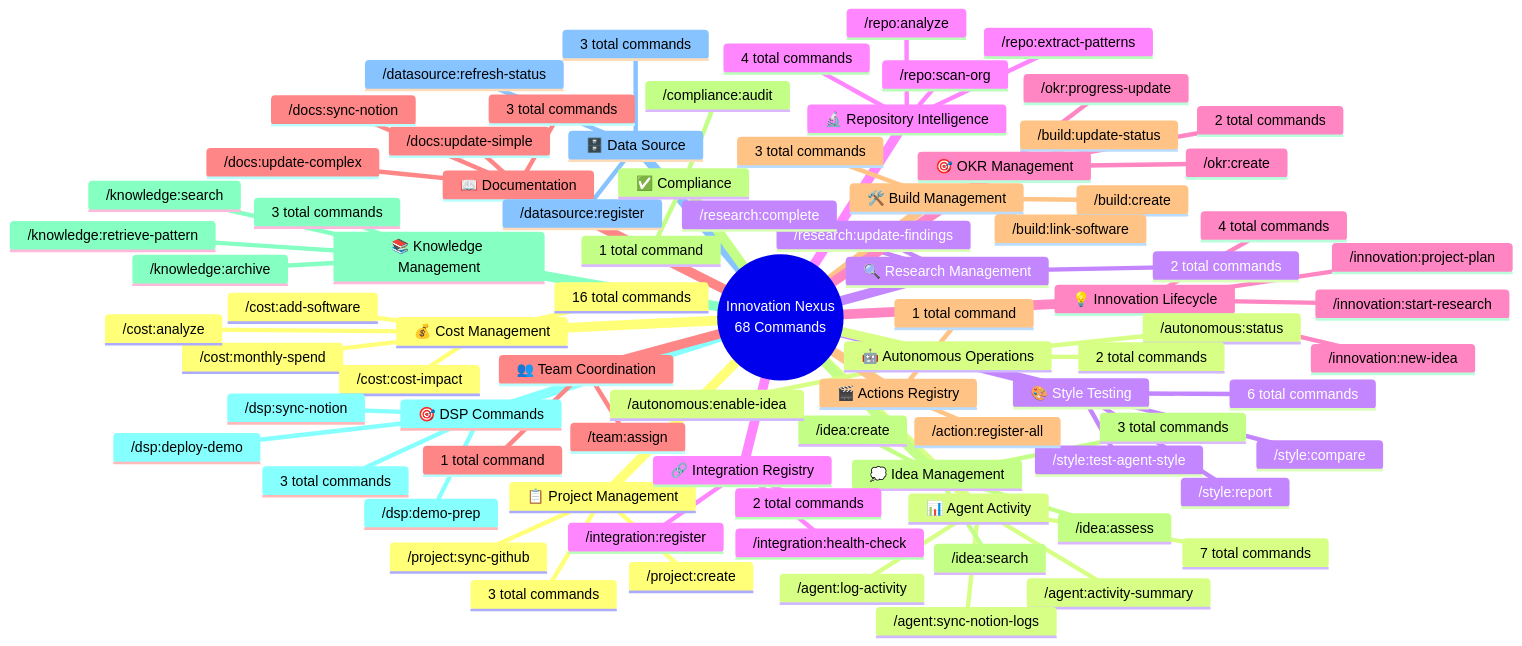
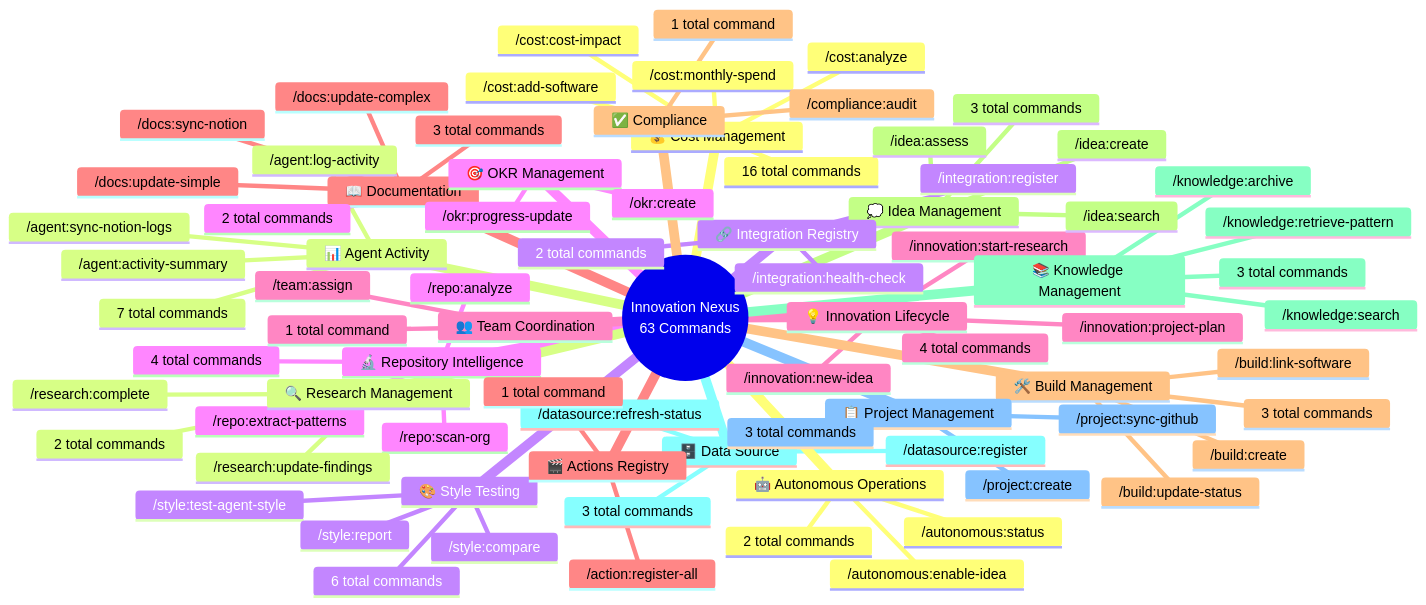
The first of 3 diagrams in CLAUDE.md (markus41/Notion), drawn with Mermaid before and after one commit. The commit also changed other lines of this file and 21 other files, not shown here.

````diff
--- a/CLAUDE.md
+++ b/CLAUDE.md
@@ -65,6 +65,6 @@
 ```mermaid
 mindmap
-  root((Innovation Nexus<br/>68 Commands))
+  root((Innovation Nexus<br/>63 Commands))
     💰 Cost Management
       /cost:monthly-spend
       /cost:analyze
@@ -111,11 +111,6 @@
       /knowledge:search
       /knowledge:retrieve-pattern
       3 total commands
-    🎯 DSP Commands
-      /dsp:demo-prep
-      /dsp:sync-notion
-      /dsp:deploy-demo
-      3 total commands
     🗄️ Data Source
       /datasource:register
       /datasource:refresh-status
````
